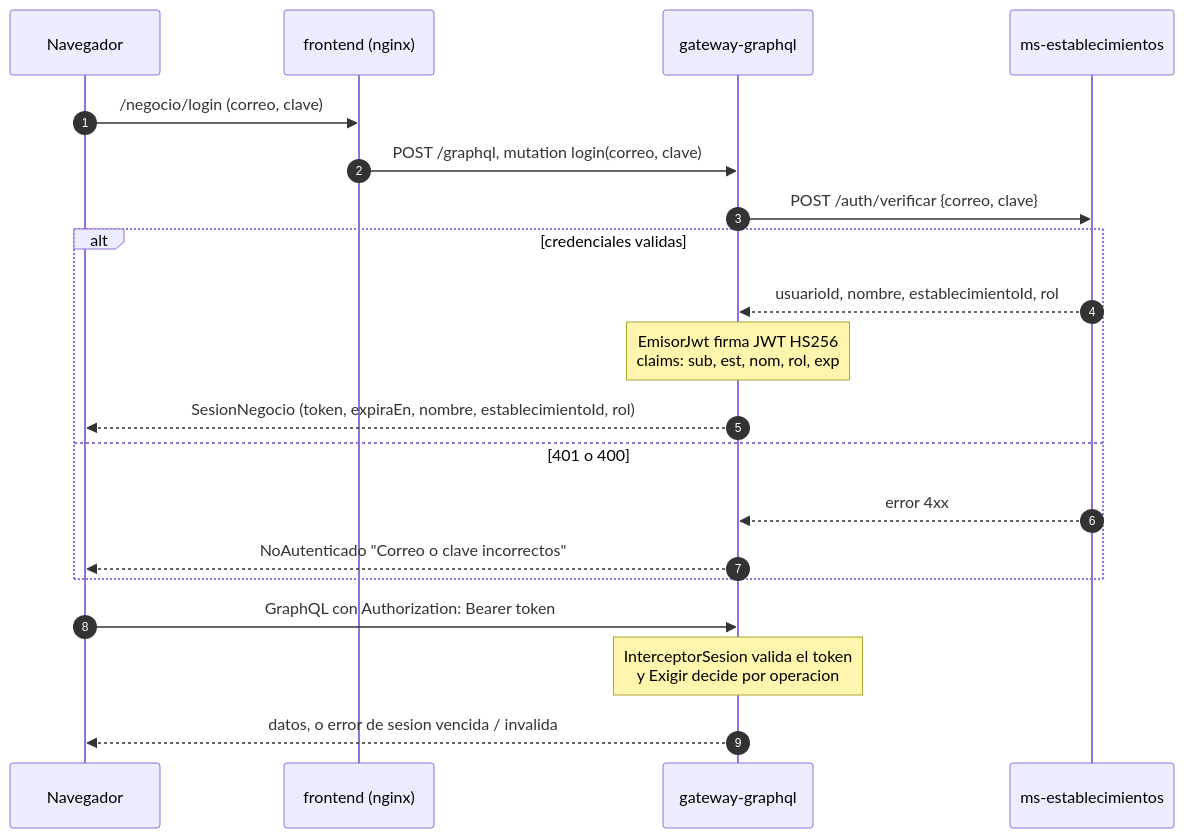
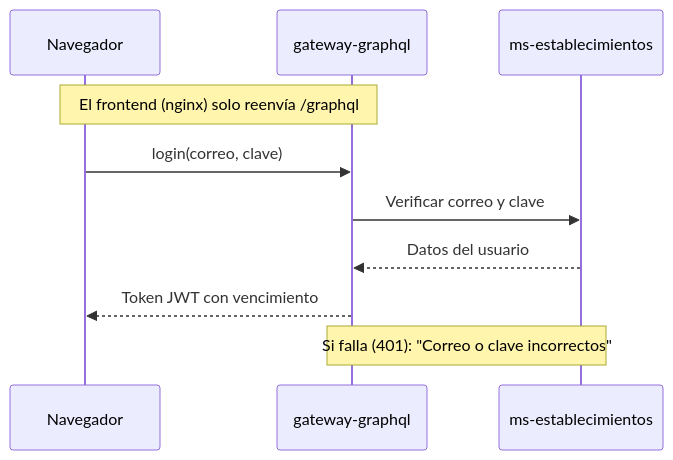
The first of 2 diagrams in docs/diagramas/03-login.md (SANTZ66/AGENDAPP), drawn with Mermaid before and after one commit. The commit also changed other lines of this file and 14 other files, not shown here.

Commit message:
Simplifica los diagramas de login y recordatorio (3a/3b y 4a/4b)

````diff
--- a/docs/diagramas/03-login.md
+++ b/docs/diagramas/03-login.md
@@ -3,22 +5,12 @@
 ```mermaid
 sequenceDiagram
-  autonumber
   participant N as Navegador
-  participant F as frontend (nginx)
   participant G as gateway-graphql
   participant E as ms-establecimientos
-  N->>F: /negocio/login (correo, clave)
-  F->>G: POST /graphql, mutation login(correo, clave)
-  G->>E: POST /auth/verificar {correo, clave}
-  alt credenciales validas
-    E-->>G: usuarioId, nombre, establecimientoId, rol
-    Note over G: EmisorJwt firma JWT HS256<br/>claims: sub, est, nom, rol, exp
-    G-->>N: SesionNegocio (token, expiraEn, nombre, establecimientoId, rol)
-  else 401 o 400
-    E-->>G: error 4xx
-    G-->>N: NoAutenticado "Correo o clave incorrectos"
-  end
-  N->>G: GraphQL con Authorization: Bearer token
-  Note over G: InterceptorSesion valida el token<br/>y Exigir decide por operacion
-  G-->>N: datos, o error de sesion vencida / invalida
+  Note over N,G: El frontend (nginx) solo reenvía /graphql
+  N->>G: login(correo, clave)
+  G->>E: Verificar correo y clave
+  E-->>G: Datos del usuario
+  G-->>N: Token JWT con vencimiento
+  Note over G,E: Si falla (401): "Correo o clave incorrectos"
 ```
````
